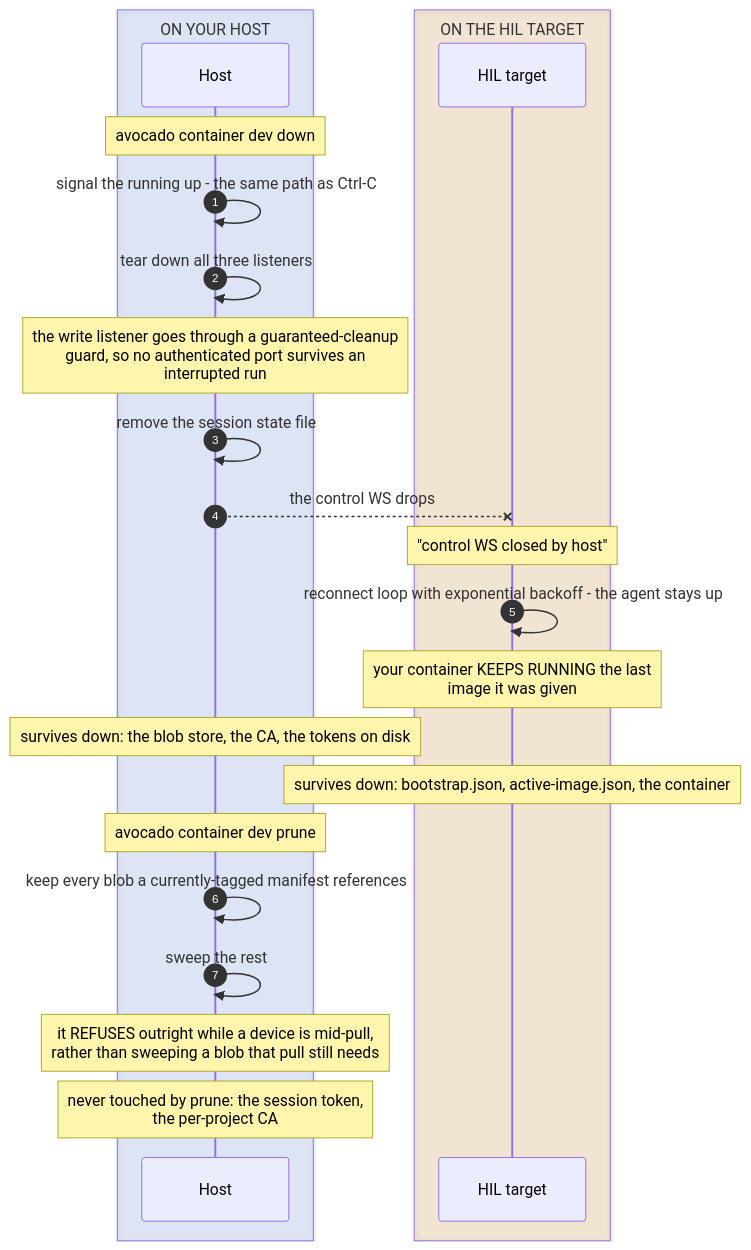
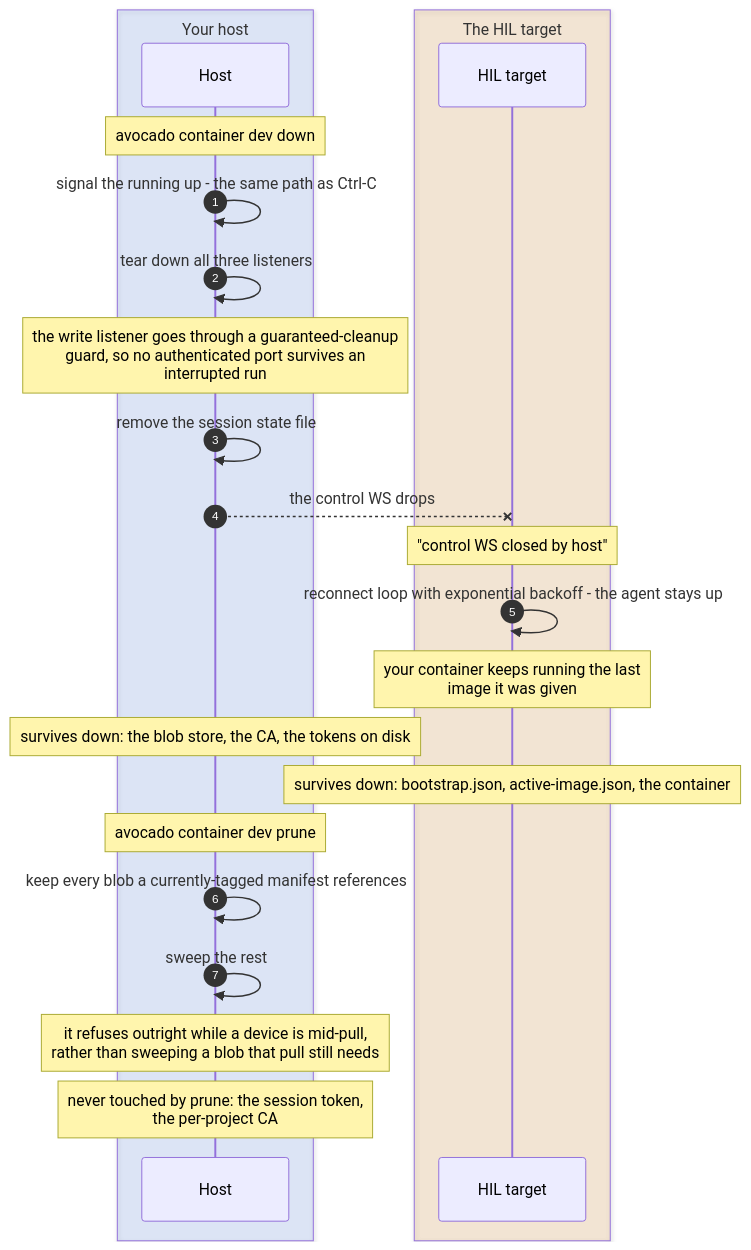
One commit to peridio/docs changed the fifth of 5 diagrams in src/docs-guides/container-dev-mode.md. Above: the diagram before and after it, drawn with Mermaid. The commit also changed other lines of this file, not shown here.

First line of the commit message:
docs-guides/container-dev-mode: stop the diagrams shouting

````diff
--- a/src/docs-guides/container-dev-mode.md
+++ b/src/docs-guides/container-dev-mode.md
@@ -304,30 +304,30 @@
 ```mermaid
 sequenceDiagram
     autonumber
-    box rgba(37,99,235,0.12) ON YOUR HOST
+    box rgba(37,99,235,0.12) Your host
     participant H as Host
     end
-    box rgba(217,119,6,0.14) ON THE HIL TARGET
+    box rgba(217,119,6,0.14) The HIL target
     participant T as HIL target
     end
 
     Note over H: avocado container dev down
     H->>H: signal the running up - the same path as Ctrl-C
     H->>H: tear down all three listeners
     Note over H: the write listener goes through a guaranteed-cleanup<br/>guard, so no authenticated port survives an<br/>interrupted run
     H->>H: remove the session state file
 
     H--xT: the control WS drops
     Note over T: "control WS closed by host"
     T->>T: reconnect loop with exponential backoff - the agent stays up
-    Note over T: your container KEEPS RUNNING the last<br/>image it was given
+    Note over T: your container keeps running the last<br/>image it was given
 
     Note over H: survives down: the blob store, the CA, the tokens on disk
     Note over T: survives down: bootstrap.json, active-image.json, the container
 
     Note over H: avocado container dev prune
     H->>H: keep every blob a currently-tagged manifest references
     H->>H: sweep the rest
-    Note over H: it REFUSES outright while a device is mid-pull,<br/>rather than sweeping a blob that pull still needs
+    Note over H: it refuses outright while a device is mid-pull,<br/>rather than sweeping a blob that pull still needs
     Note over H: never touched by prune: the session token,<br/>the per-project CA
 ```
````
